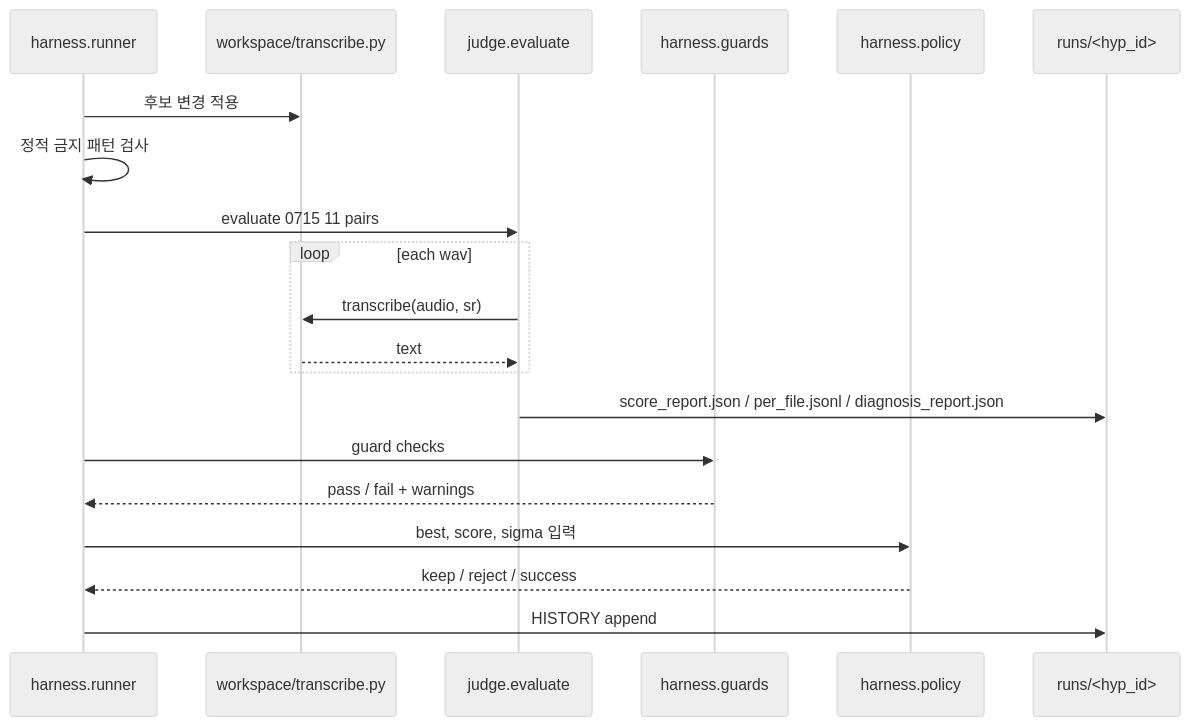
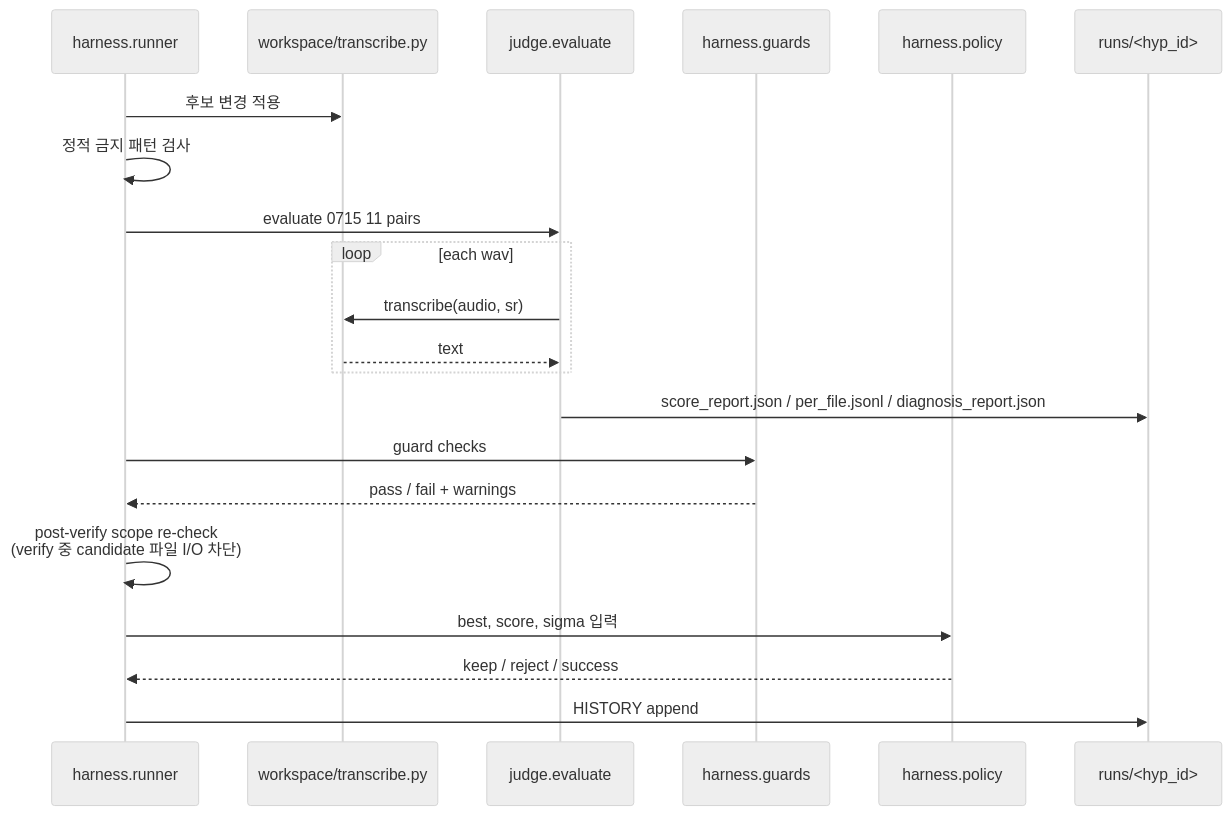
Before and after one commit to YuBeomGon/stt-pipe: the second of 3 diagrams in docs/PHASE3-LOOP.md, drawn with Mermaid (neutral theme). The commit also changed other lines of this file and 8 other files, not shown here.

````diff
--- a/docs/PHASE3-LOOP.md
+++ b/docs/PHASE3-LOOP.md
@@ -48,23 +49,24 @@
 ```mermaid
 sequenceDiagram
     participant H as harness.runner
     participant W as workspace/transcribe.py
     participant J as judge.evaluate
     participant G as harness.guards
     participant P as harness.policy
     participant R as runs/<hyp_id>
 
     H->>W: 후보 변경 적용
     H->>H: 정적 금지 패턴 검사
     H->>J: evaluate 0715 11 pairs
     loop each wav
         J->>W: transcribe(audio, sr)
         W-->>J: text
     end
     J->>R: score_report.json / per_file.jsonl / diagnosis_report.json
     H->>G: guard checks
     G-->>H: pass / fail + warnings
+    H->>H: post-verify scope re-check<br/>(verify 중 candidate 파일 I/O 차단)
     H->>P: best, score, sigma 입력
     P-->>H: keep / reject / success
     H->>R: HISTORY append
 ```
````
